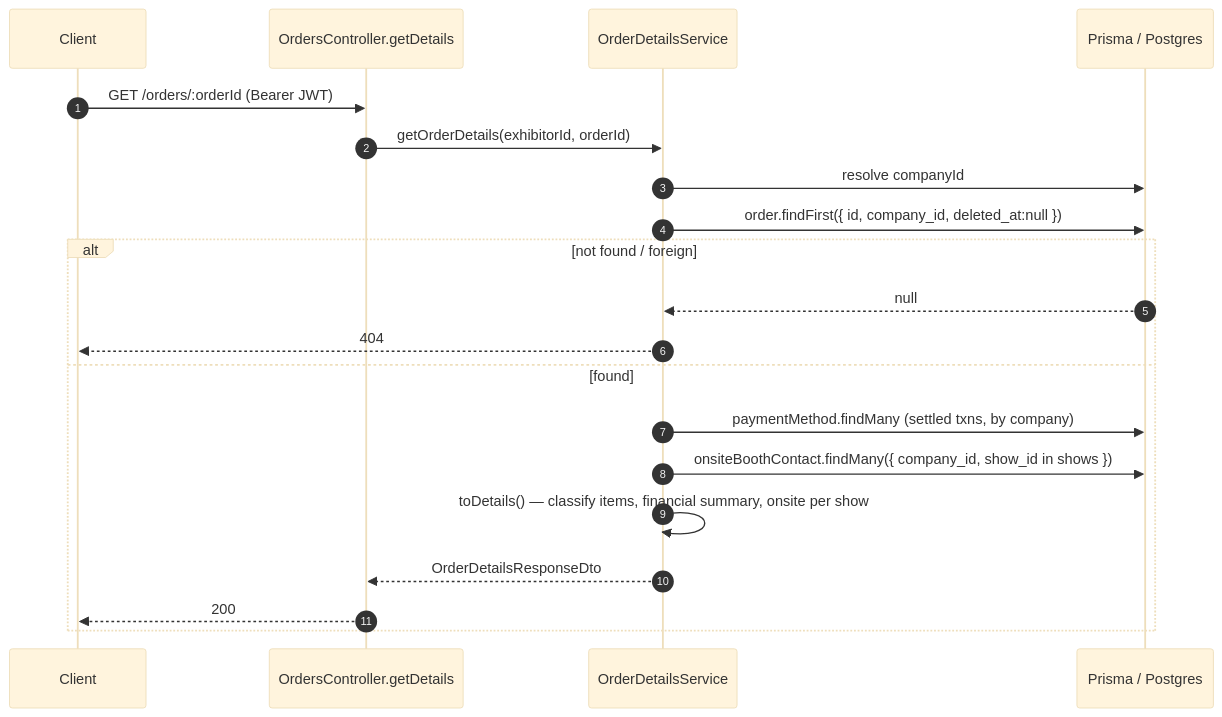
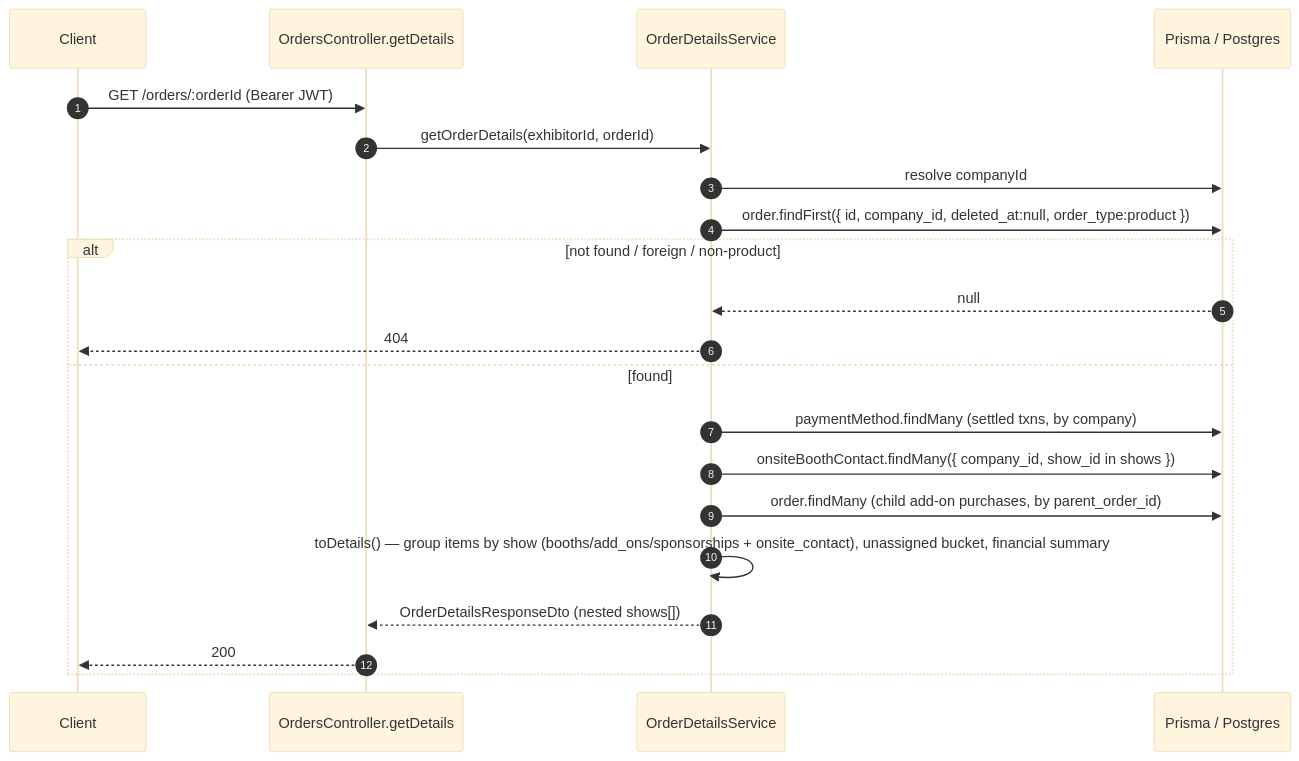
One commit to prantikUIPL/sbe-backend-workspace changed the diagram in orders-guide/2-capabilities/contract/exhibitor-order-details.mmd. Above: the diagram before and after it, drawn with Mermaid (base theme). The commit also changed 11 other files, not shown here.

```diff
--- a/orders-guide/2-capabilities/contract/exhibitor-order-details.mmd
+++ b/orders-guide/2-capabilities/contract/exhibitor-order-details.mmd
@@ -1,20 +1,21 @@
 sequenceDiagram
     autonumber
     participant C as Client
     participant Ctl as OrdersController.getDetails
     participant Svc as OrderDetailsService
     participant DB as Prisma / Postgres
     C->>Ctl: GET /orders/:orderId (Bearer JWT)
     Ctl->>Svc: getOrderDetails(exhibitorId, orderId)
     Svc->>DB: resolve companyId
-    Svc->>DB: order.findFirst({ id, company_id, deleted_at:null })
-    alt not found / foreign
+    Svc->>DB: order.findFirst({ id, company_id, deleted_at:null, order_type:product })
+    alt not found / foreign / non-product
         DB-->>Svc: null
         Svc-->>C: 404
     else found
         Svc->>DB: paymentMethod.findMany (settled txns, by company)
         Svc->>DB: onsiteBoothContact.findMany({ company_id, show_id in shows })
-        Svc->>Svc: toDetails() — classify items, financial summary, onsite per show
-        Svc-->>Ctl: OrderDetailsResponseDto
+        Svc->>DB: order.findMany (child add-on purchases, by parent_order_id)
+        Svc->>Svc: toDetails() — group items by show (booths/add_ons/sponsorships + onsite_contact), unassigned bucket, financial summary
+        Svc-->>Ctl: OrderDetailsResponseDto (nested shows[])
         Ctl-->>C: 200
     end
```
